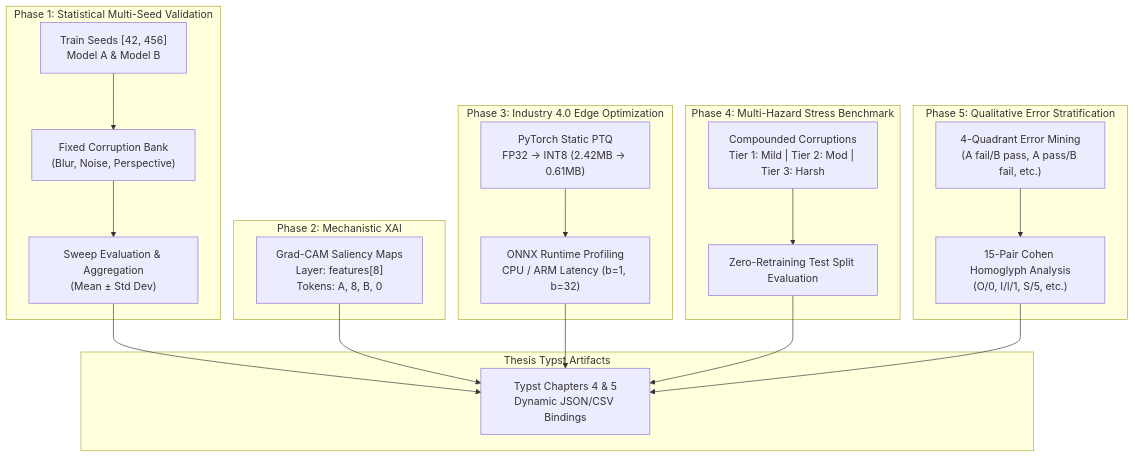
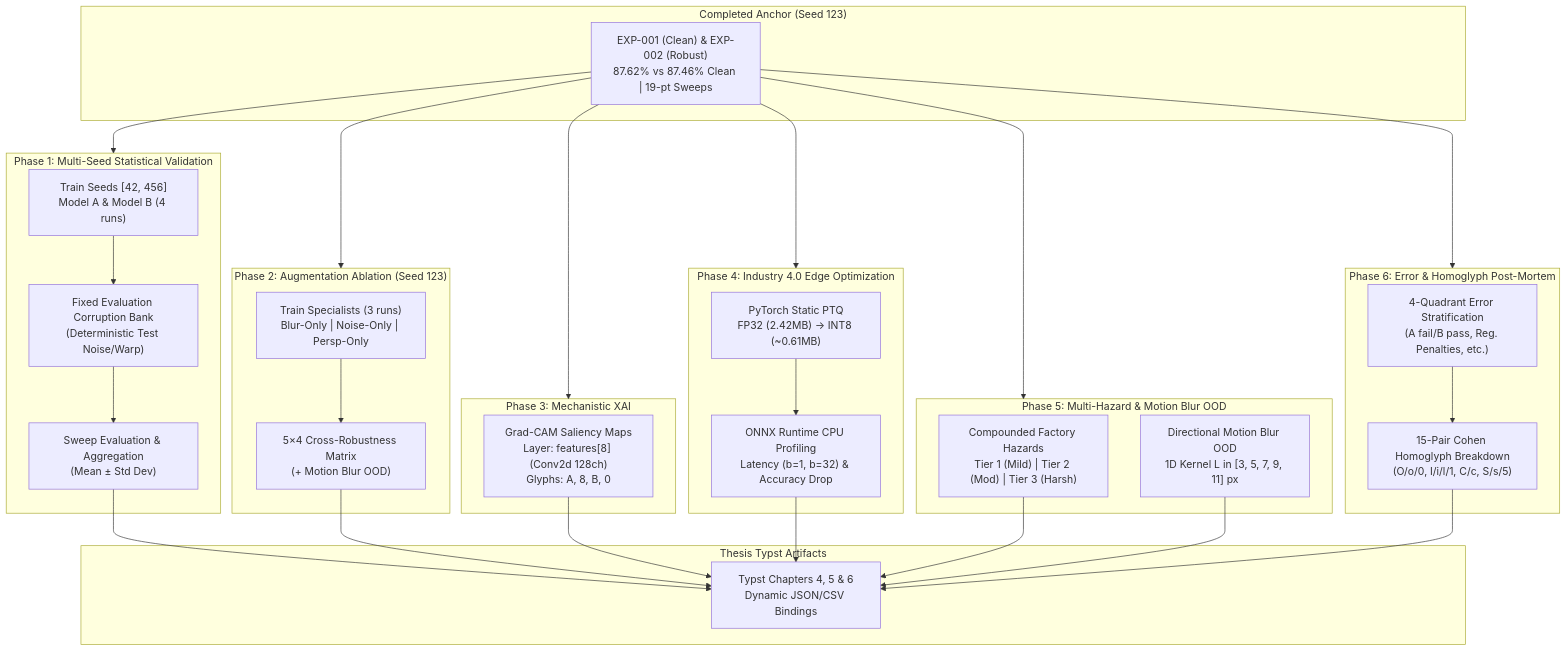
One commit to Kamil-Suhak/alphanumeric-ocr changed the diagram in docs/plans/2026-11-06_thesis_master_plan_v3.md. Above: the diagram before and after it, drawn with Mermaid. The commit also changed other lines of this file, not shown here.

Commit message:
docs: add augmentation ablation and value audit to plan v3

````diff
--- a/docs/plans/2026-11-06_thesis_master_plan_v3.md
+++ b/docs/plans/2026-11-06_thesis_master_plan_v3.md
@@ -33,41 +34,53 @@
 ```mermaid
 flowchart TD
-    subgraph Phase1["Phase 1: Statistical Multi-Seed Validation"]
-        P1_train["Train Seeds [42, 456]<br/>Model A & Model B"]
-        P1_bank["Fixed Corruption Bank<br/>(Blur, Noise, Perspective)"]
+    subgraph Completed["Completed Anchor (Seed 123)"]
+        C0["EXP-001 (Clean) & EXP-002 (Robust)<br/>87.62% vs 87.46% Clean | 19-pt Sweeps"]
+    end
+
+    subgraph Phase1["Phase 1: Multi-Seed Statistical Validation"]
+        P1_train["Train Seeds [42, 456]<br/>Model A & Model B (4 runs)"]
+        P1_bank["Fixed Evaluation Corruption Bank<br/>(Deterministic Test Noise/Warp)"]
         P1_eval["Sweep Evaluation & Aggregation<br/>(Mean ± Std Dev)"]
         P1_train --> P1_bank --> P1_eval
     end
 
-    subgraph Phase2["Phase 2: Mechanistic XAI"]
-        P2_gradcam["Grad-CAM Saliency Maps<br/>Layer: features[8]<br/>Tokens: A, 8, B, 0"]
+    subgraph Phase2["Phase 2: Augmentation Ablation (Seed 123)"]
+        P2_train["Train Specialists (3 runs)<br/>Blur-Only | Noise-Only | Persp-Only"]
+        P2_matrix["5×4 Cross-Robustness Matrix<br/>(+ Motion Blur OOD)"]
+        P2_train --> P2_matrix
     end
 
-    subgraph Phase3["Phase 3: Industry 4.0 Edge Optimization"]
-        P3_ptq["PyTorch Static PTQ<br/>FP32 -> INT8 (2.42MB -> 0.61MB)"]
-        P3_onnx["ONNX Runtime Profiling<br/>CPU / ARM Latency (b=1, b=32)"]
-        P3_ptq --> P3_onnx
+    subgraph Phase3["Phase 3: Mechanistic XAI"]
+        P3_gradcam["Grad-CAM Saliency Maps<br/>Layer: features[8] (Conv2d 128ch)<br/>Glyphs: A, 8, B, 0"]
     end
 
-    subgraph Phase4["Phase 4: Multi-Hazard Stress Benchmark"]
-        P4_tiers["Compounded Corruptions<br/>Tier 1: Mild | Tier 2: Mod | Tier 3: Harsh"]
-        P4_eval["Zero-Retraining Test Split Evaluation"]
-        P4_tiers --> P4_eval
+    subgraph Phase4["Phase 4: Industry 4.0 Edge Optimization"]
+        P4_ptq["PyTorch Static PTQ<br/>FP32 (2.42MB) -> INT8 (~0.61MB)"]
+        P4_onnx["ONNX Runtime CPU Profiling<br/>Latency (b=1, b=32) & Accuracy Drop"]
+        P4_ptq --> P4_onnx
     end
 
-    subgraph Phase5["Phase 5: Qualitative Error Stratification"]
-        P5_quad["4-Quadrant Error Mining<br/>(A fail/B pass, A pass/B fail, etc.)"]
-        P5_homo["15-Pair Cohen Homoglyph Analysis<br/>(O/0, I/l/1, S/5, etc.)"]
-        P5_quad --> P5_homo
+    subgraph Phase5["Phase 5: Multi-Hazard & Motion Blur OOD"]
+        P5_tiers["Compounded Factory Hazards<br/>Tier 1 (Mild) | Tier 2 (Mod) | Tier 3 (Harsh)"]
+        P5_motion["Directional Motion Blur OOD<br/>1D Kernel L in [3, 5, 7, 9, 11] px"]
+        P5_tiers & P5_motion
     end
 
-    subgraph Phase6["Thesis Typst Artifacts"]
-        TypstDoc["Typst Chapters 4 & 5<br/>Dynamic JSON/CSV Bindings"]
+    subgraph Phase6["Phase 6: Error & Homoglyph Post-Mortem"]
+        P6_quad["4-Quadrant Error Stratification<br/>(A fail/B pass, Reg. Penalties, etc.)"]
+        P6_homo["15-Pair Cohen Homoglyph Breakdown<br/>(O/o/0, I/i/l/1, C/c, S/s/5)"]
+        P6_quad --> P6_homo
     end
 
-    P1_eval --> TypstDoc
-    P2_gradcam --> TypstDoc
-    P3_onnx --> TypstDoc
-    P4_eval --> TypstDoc
-    P5_homo --> TypstDoc
+    subgraph Thesis["Thesis Typst Artifacts"]
+        TypstDoc["Typst Chapters 4, 5 & 6<br/>Dynamic JSON/CSV Bindings"]
+    end
+
+    C0 --> Phase1
+    C0 --> Phase2
+    C0 --> Phase3
+    C0 --> Phase4
+    C0 --> Phase5
+    C0 --> Phase6
+    P1_eval & P2_matrix & P3_gradcam & P4_onnx & P5_tiers & P5_motion & P6_homo --> TypstDoc
 ```
````
